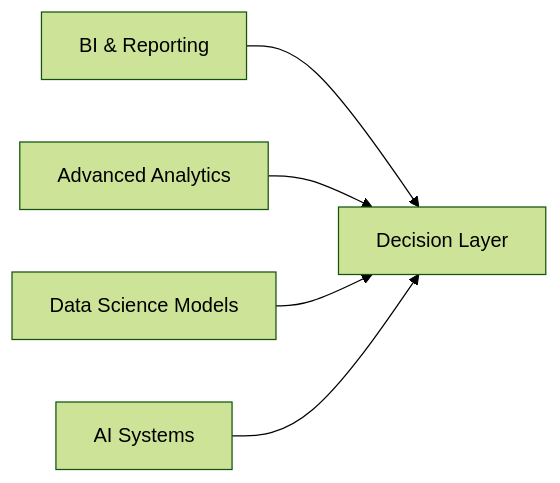
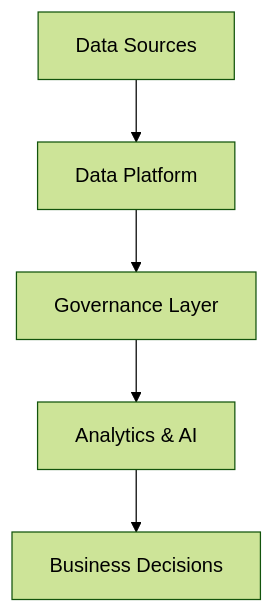
One commit to hovhannisyan91/ashb changed the fourth of 4 diagrams in index.qmd. Above: the diagram before and after it, drawn with Mermaid (forest theme). The commit also changed other lines of this file and 3 other files, not shown here.

````diff
--- a/index.qmd
+++ b/index.qmd
@@ -194,8 +325,7 @@
 ```{mermaid}
-flowchart LR
-
-C1[BI & Reporting] --> C5[Decision Layer]
-C2[Advanced Analytics] --> C5
-C3[Data Science Models] --> C5
-C4[AI Systems] --> C5
+flowchart TB
+    A[Data Sources] --> B[Data Platform]
+    B --> C[Governance Layer]
+    C --> D[Analytics & AI]
+    D --> E[Business Decisions]
 ```
````
